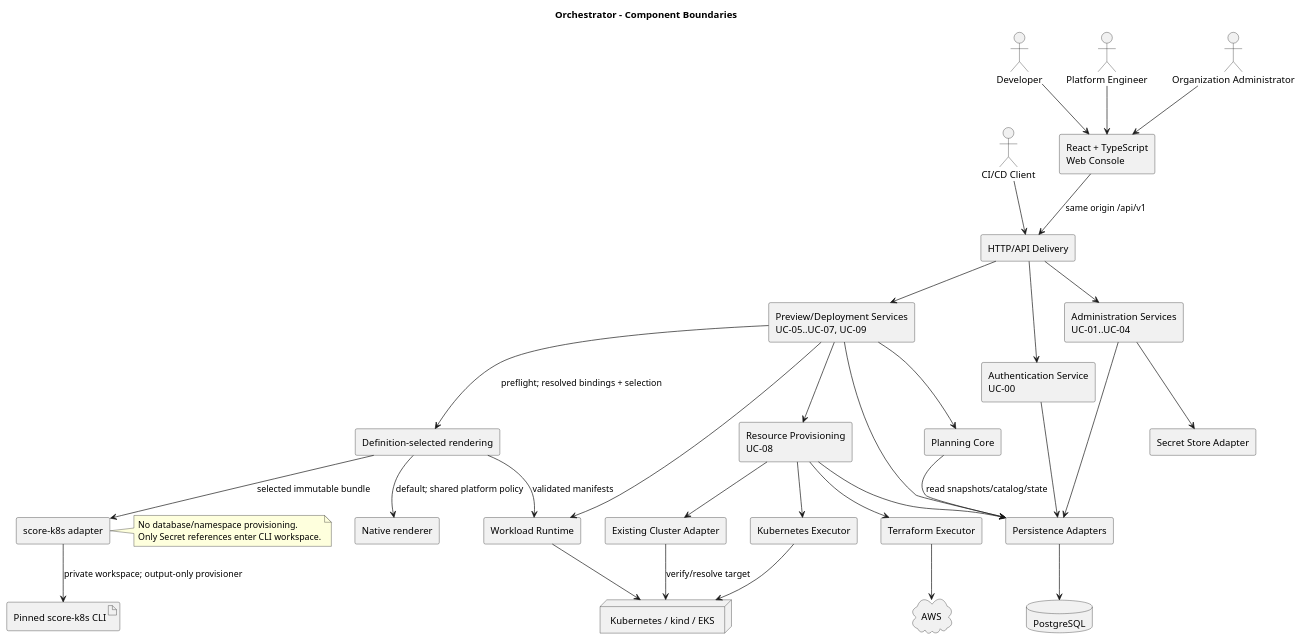
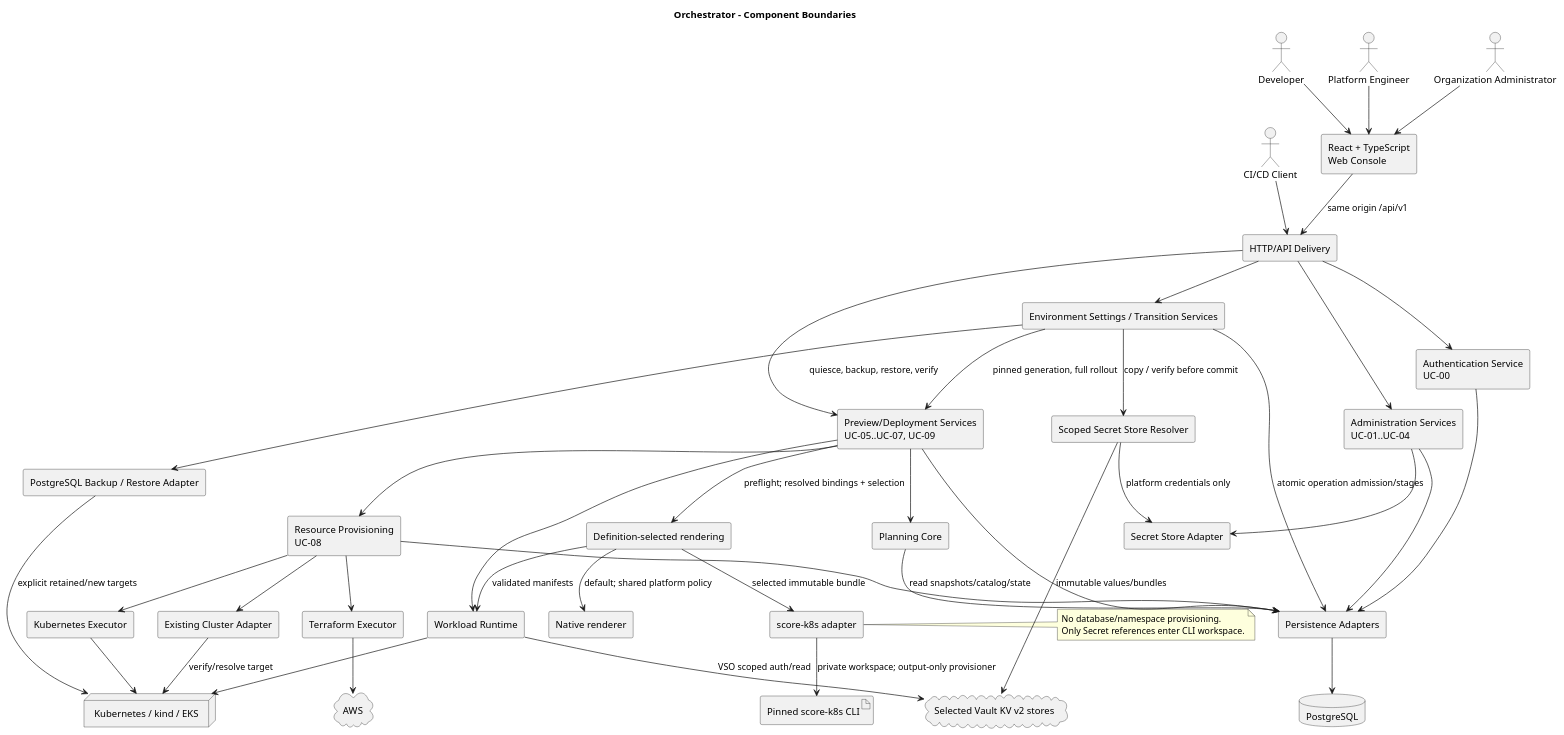
The diagram in orchestrator_docs/architecture/components/component-diagram.puml (pr3s3nt/poc), drawn with PlantUML before and after one commit. The commit also changed 171 other files, not shown here.

Commit message:
feat: checkpoint environment secret stores and target transitions

```diff
--- a/orchestrator_docs/architecture/components/component-diagram.puml
+++ b/orchestrator_docs/architecture/components/component-diagram.puml
@@ -1,65 +1,78 @@
 @startuml
 title Orchestrator - Component Boundaries
 skinparam componentStyle rectangle
 
 actor Developer
 actor "Platform Engineer" as Platform
 actor "Organization Administrator" as OrgAdmin
 actor "CI/CD Client" as CICD
 
 component "React + TypeScript\nWeb Console" as WebConsole
 component "HTTP/API Delivery" as API
 component "Authentication Service\nUC-00" as Authentication
 component "Administration Services\nUC-01..UC-04" as Admin
 component "Preview/Deployment Services\nUC-05..UC-07, UC-09" as Deploy
 component "Planning Core" as Planner
 component "Resource Provisioning\nUC-08" as Provisioning
 component "Workload Runtime" as Workload
 component "Persistence Adapters" as Persistence
 database PostgreSQL as DB
 component "Terraform Executor" as Terraform
 component "Kubernetes Executor" as K8sExecutor
 component "Existing Cluster Adapter" as Existing
 component "Secret Store Adapter" as Secrets
 cloud AWS
 node "Kubernetes / kind / EKS" as Kubernetes
 
 Developer --> WebConsole
 Platform --> WebConsole
 OrgAdmin --> WebConsole
 WebConsole --> API : same origin /api/v1
 CICD --> API
 API --> Authentication
 API --> Admin
 Authentication --> Persistence
 API --> Deploy
 Admin --> Persistence
 Admin --> Secrets
 Deploy --> Planner
 Deploy --> Provisioning
 Deploy --> Workload
 Deploy --> Persistence
 Planner --> Persistence : read snapshots/catalog/state
 Provisioning --> Persistence
 Provisioning --> Terraform
 Provisioning --> K8sExecutor
 Provisioning --> Existing
 Workload --> Kubernetes
 Terraform --> AWS
 K8sExecutor --> Kubernetes
 Existing --> Kubernetes : verify/resolve target
 Persistence --> DB
 component "Definition-selected rendering" as Rendering
 component "Native renderer" as Native
 component "score-k8s adapter" as ScoreAdapter
 artifact "Pinned score-k8s CLI" as ScoreCLI
 Deploy --> Rendering : preflight; resolved bindings + selection
 Rendering --> Native : default; shared platform policy
 Rendering --> ScoreAdapter : selected immutable bundle
 ScoreAdapter --> ScoreCLI : private workspace; output-only provisioner
 Rendering --> Workload : validated manifests
 note right of ScoreAdapter
 No database/namespace provisioning.
 Only Secret references enter CLI workspace.
 end note
+component "Environment Settings / Transition Services" as Transitions
+component "Scoped Secret Store Resolver" as StoreResolver
+component "PostgreSQL Backup / Restore Adapter" as Transfer
+cloud "Selected Vault KV v2 stores" as VaultStores
+API --> Transitions
+Transitions --> Persistence : atomic operation admission/stages
+Transitions --> Transfer : quiesce, backup, restore, verify
+Transfer --> Kubernetes : explicit retained/new targets
+Transitions --> Deploy : pinned generation, full rollout
+Transitions --> StoreResolver : copy / verify before commit
+StoreResolver --> Secrets : platform credentials only
+StoreResolver --> VaultStores : immutable values/bundles
+Workload --> VaultStores : VSO scoped auth/read
 @enduml
```
